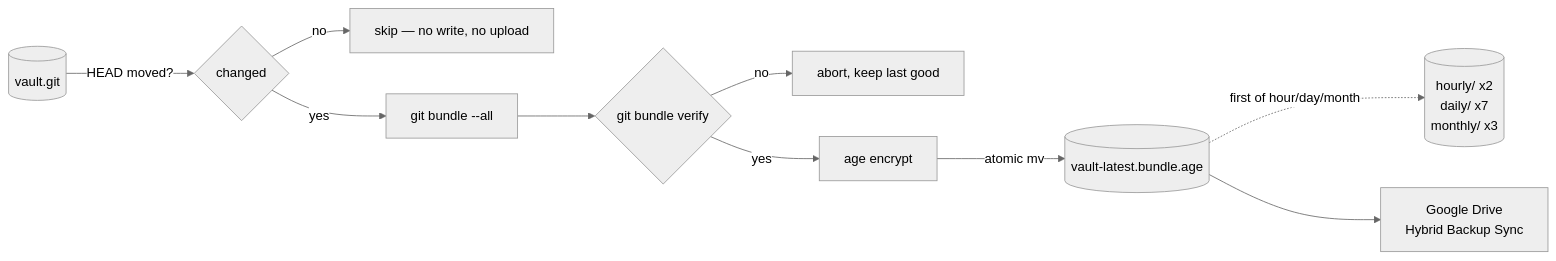
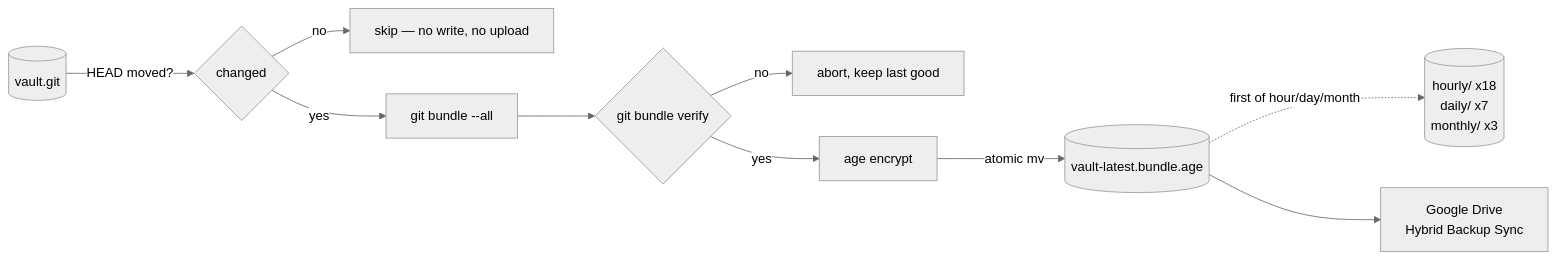
Before and after one commit to ky1ejs/homelab: the third of 4 diagrams in obsidian-vault/ARCHITECTURE.md, drawn with Mermaid (neutral theme). The commit also changed other lines of this file and 3 other files, not shown here.

First line of the commit message:
Size the hourly tier to a waking day, not to two hours

````diff
--- a/obsidian-vault/ARCHITECTURE.md
+++ b/obsidian-vault/ARCHITECTURE.md
@@ -170,12 +170,12 @@
 ```mermaid
 flowchart LR
     g[("vault.git")] -->|HEAD moved?| ch{changed}
     ch -->|no| skip["skip — no write, no upload"]
     ch -->|yes| b["git bundle --all"]
     b --> v{"git bundle verify"}
     v -->|no| fail["abort, keep last good"]
     v -->|yes| enc["age encrypt"]
     enc -->|atomic mv| latest[("vault-latest.bundle.age")]
-    latest -.->|first of hour/day/month| keep[("hourly/ x2<br/>daily/ x7<br/>monthly/ x3")]
+    latest -.->|first of hour/day/month| keep[("hourly/ x18<br/>daily/ x7<br/>monthly/ x3")]
     latest --> gd["Google Drive<br/>Hybrid Backup Sync"]
 ```
````
